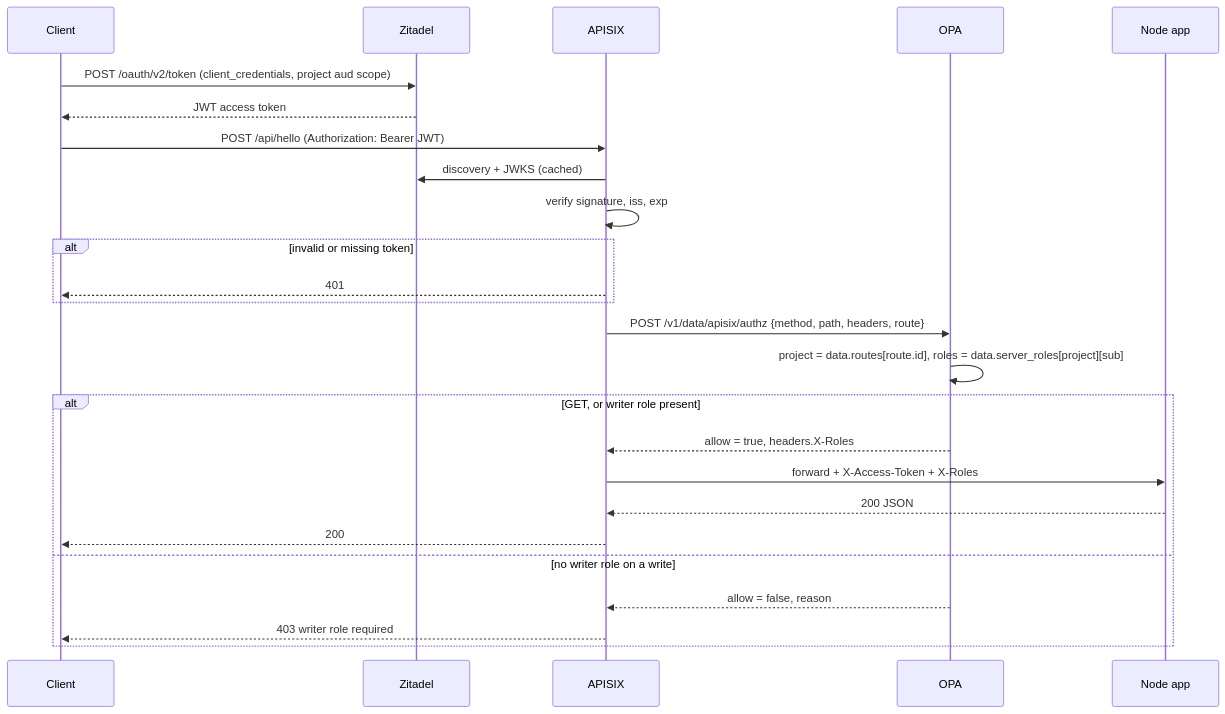
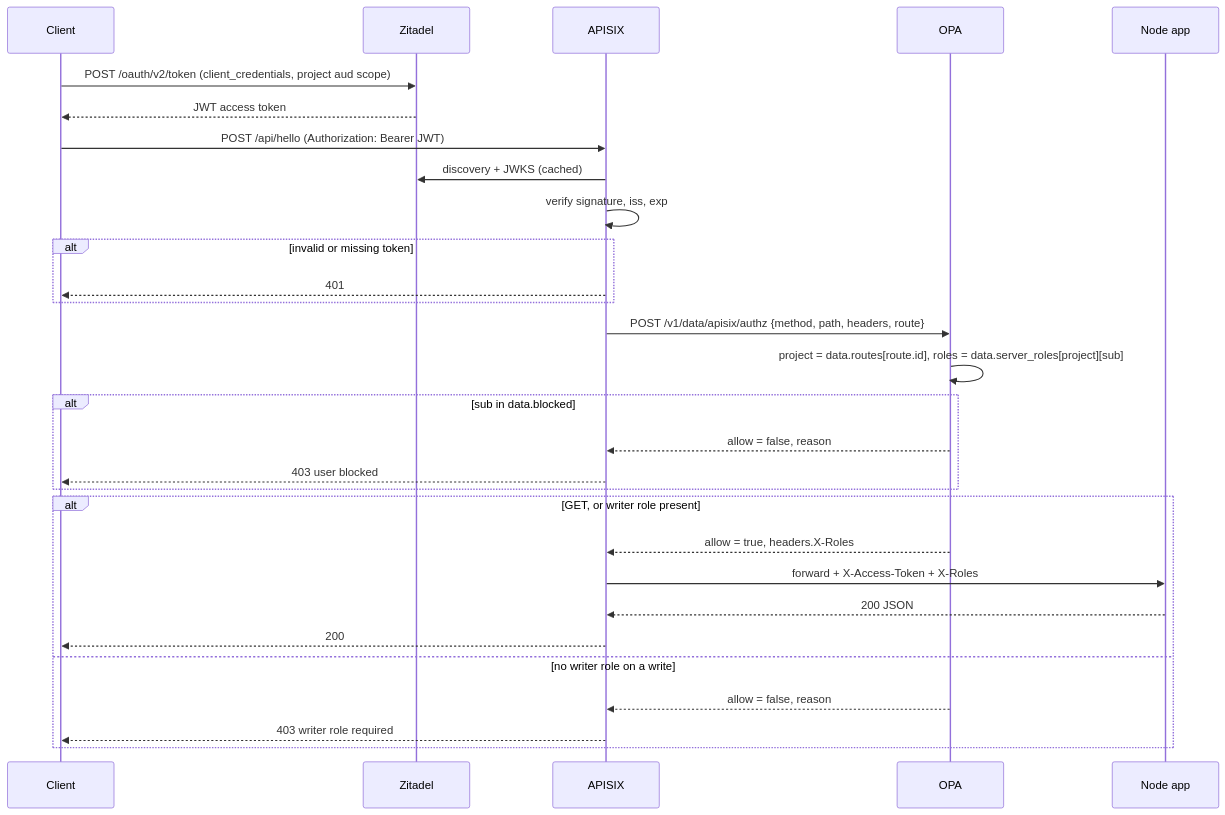
The diagram in docs/request-flow.mmd (eugene-atvenu/zitadel-spike), drawn with Mermaid before and after one commit. The commit also changed 21 other files, not shown here.

```diff
--- a/docs/request-flow.mmd
+++ b/docs/request-flow.mmd
@@ -1,26 +1,30 @@
 sequenceDiagram
     participant C as Client
     participant Z as Zitadel
     participant A as APISIX
     participant O as OPA
     participant N as Node app
 
     C->>Z: POST /oauth/v2/token (client_credentials, project aud scope)
     Z-->>C: JWT access token
     C->>A: POST /api/hello (Authorization: Bearer JWT)
     A->>Z: discovery + JWKS (cached)
     A->>A: verify signature, iss, exp
     alt invalid or missing token
         A-->>C: 401
     end
     A->>O: POST /v1/data/apisix/authz {method, path, headers, route}
     O->>O: project = data.routes[route.id], roles = data.server_roles[project][sub]
+    alt sub in data.blocked
+        O-->>A: allow = false, reason
+        A-->>C: 403 user blocked
+    end
     alt GET, or writer role present
         O-->>A: allow = true, headers.X-Roles
         A->>N: forward + X-Access-Token + X-Roles
         N-->>A: 200 JSON
         A-->>C: 200
     else no writer role on a write
         O-->>A: allow = false, reason
         A-->>C: 403 writer role required
     end
```
